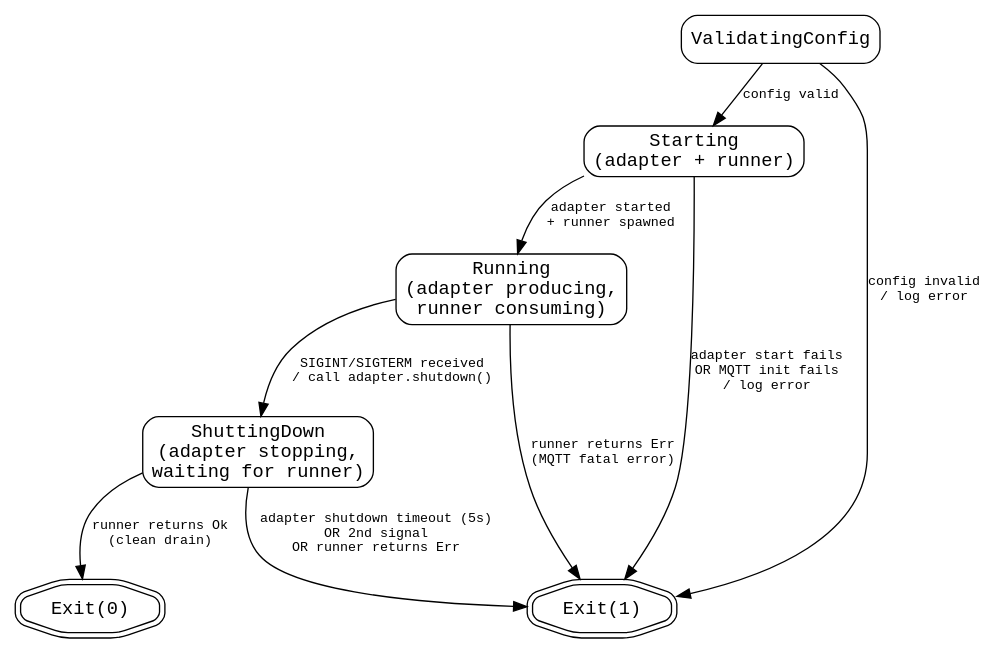
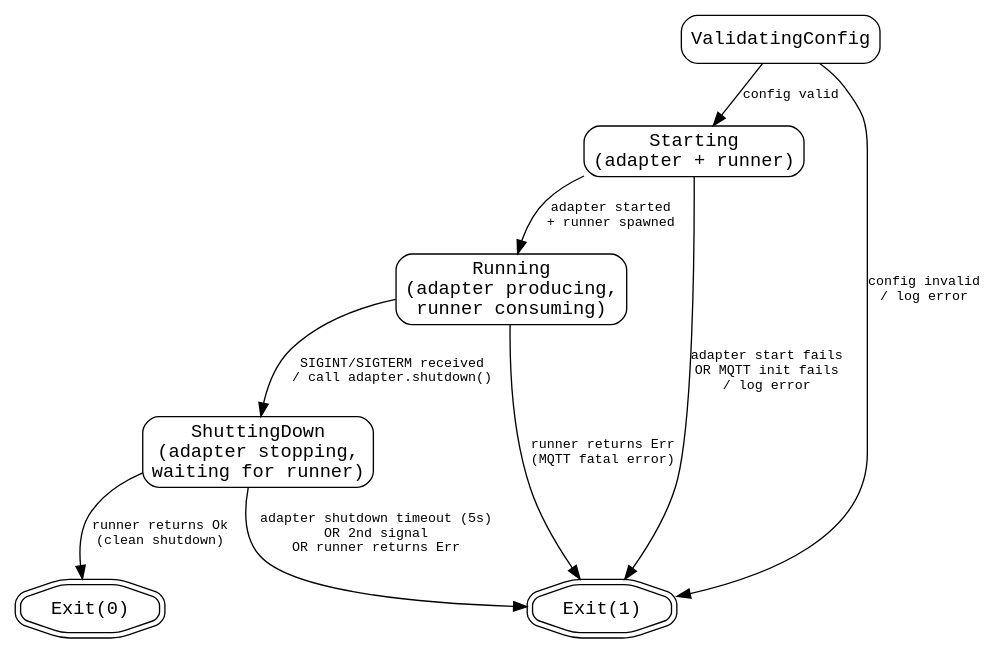
Before and after one commit to w-pinkietech/iotkit: the second of 4 diagrams in docs/superpowers/specs/2026-03-29-phase1a-adapter-standalone-design.md, drawn with Graphviz. The commit also changed other lines of this file, not shown here.

````diff
--- a/docs/superpowers/specs/2026-03-29-phase1a-adapter-standalone-design.md
+++ b/docs/superpowers/specs/2026-03-29-phase1a-adapter-standalone-design.md
@@ -728,26 +751,26 @@
 ```dot
 digraph binary_states {
     rankdir=TB;
     node [shape=box, style=rounded, fontname="monospace"];
     edge [fontname="monospace", fontsize=10];
 
     ValidatingConfig [label="ValidatingConfig"];
     Starting [label="Starting\n(adapter + runner)"];
     Running [label="Running\n(adapter producing,\nrunner consuming)"];
     ShuttingDown [label="ShuttingDown\n(adapter stopping,\nwaiting for runner)"];
     Exit0 [label="Exit(0)", shape=doubleoctagon];
     Exit1 [label="Exit(1)", shape=doubleoctagon];
 
     ValidatingConfig -> Starting [label="config valid"];
     ValidatingConfig -> Exit1 [label="config invalid\n/ log error"];
 
     Starting -> Running [label="adapter started\n+ runner spawned"];
     Starting -> Exit1 [label="adapter start fails\nOR MQTT init fails\n/ log error"];
 
     Running -> ShuttingDown [label="SIGINT/SIGTERM received\n/ call adapter.shutdown()"];
     Running -> Exit1 [label="runner returns Err\n(MQTT fatal error)"];
 
-    ShuttingDown -> Exit0 [label="runner returns Ok\n(clean drain)"];
+    ShuttingDown -> Exit0 [label="runner returns Ok\n(clean shutdown)"];
     ShuttingDown -> Exit1 [label="adapter shutdown timeout (5s)\nOR 2nd signal\nOR runner returns Err"];
 }
 ```
````
